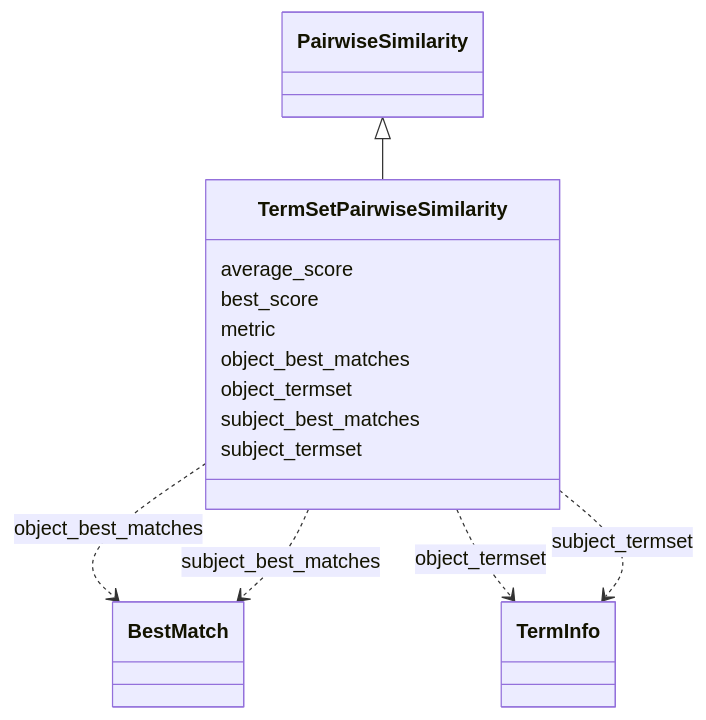
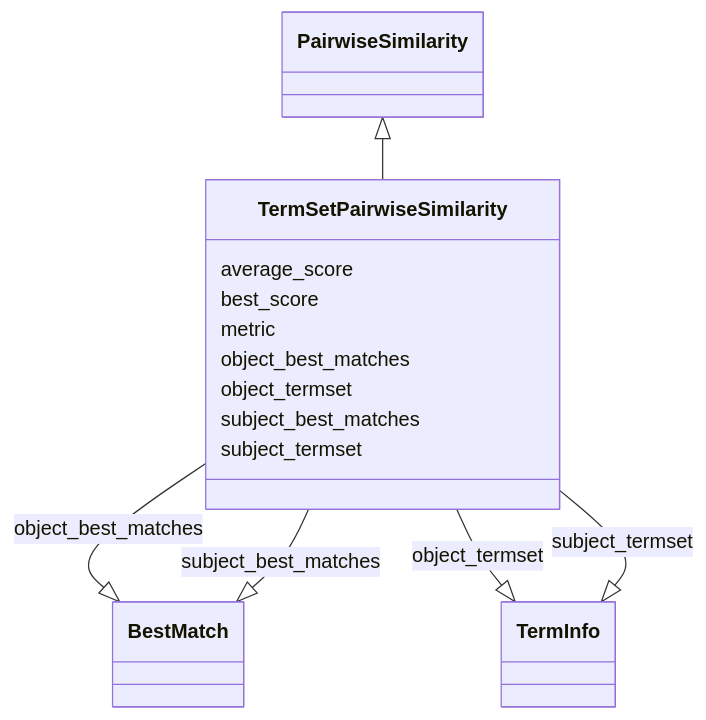
One commit to INCATools/ontology-access-kit changed the diagram in similarity/TermSetPairwiseSimilarity.md. Above: the diagram before and after it, drawn with Mermaid. The commit also changed other lines of this file and 3011 other files, not shown here.

````diff
--- a/similarity/TermSetPairwiseSimilarity.md
+++ b/similarity/TermSetPairwiseSimilarity.md
@@ -11,29 +14,29 @@
 ```{mermaid}
  classDiagram
     class TermSetPairwiseSimilarity
       PairwiseSimilarity <|-- TermSetPairwiseSimilarity
       
       TermSetPairwiseSimilarity : average_score
         
       TermSetPairwiseSimilarity : best_score
         
       TermSetPairwiseSimilarity : metric
         
       TermSetPairwiseSimilarity : object_best_matches
         
-          TermSetPairwiseSimilarity ..> BestMatch : object_best_matches
+          TermSetPairwiseSimilarity --|> BestMatch : object_best_matches
         
       TermSetPairwiseSimilarity : object_termset
         
-          TermSetPairwiseSimilarity ..> TermInfo : object_termset
+          TermSetPairwiseSimilarity --|> TermInfo : object_termset
         
       TermSetPairwiseSimilarity : subject_best_matches
         
-          TermSetPairwiseSimilarity ..> BestMatch : subject_best_matches
+          TermSetPairwiseSimilarity --|> BestMatch : subject_best_matches
         
       TermSetPairwiseSimilarity : subject_termset
         
-          TermSetPairwiseSimilarity ..> TermInfo : subject_termset
+          TermSetPairwiseSimilarity --|> TermInfo : subject_termset
         
       
 ```
````
